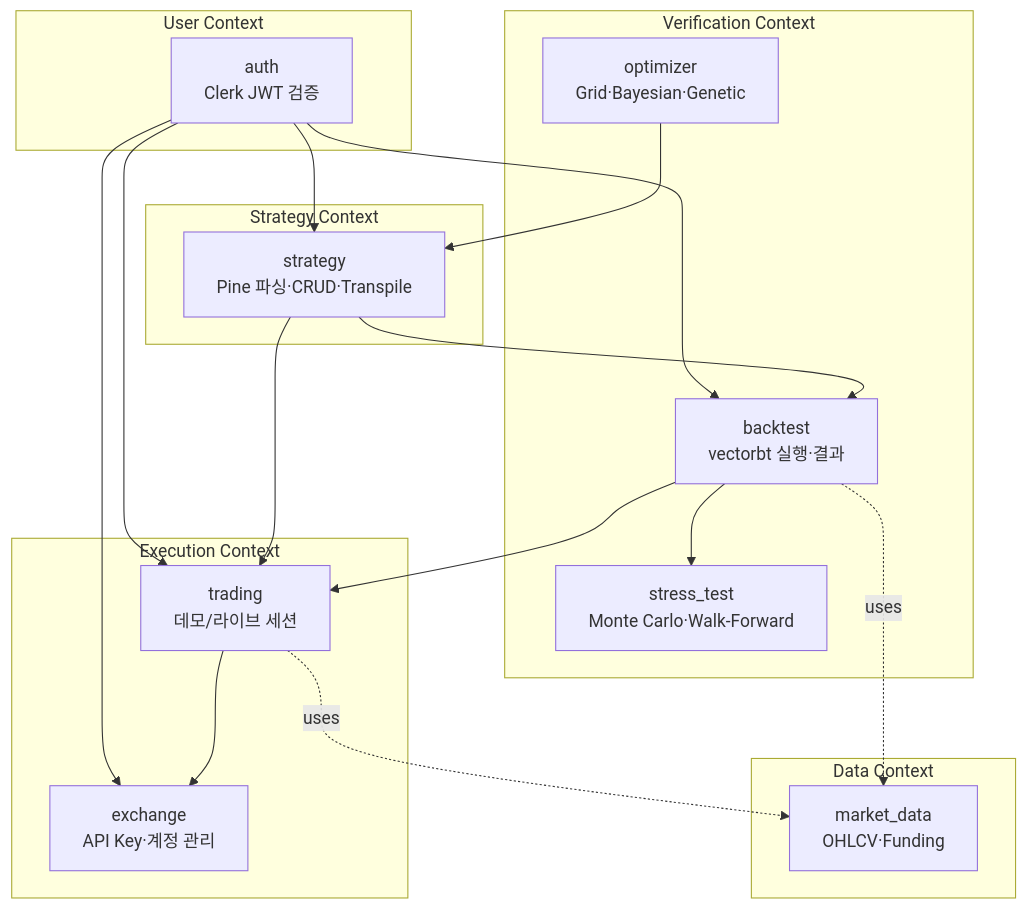
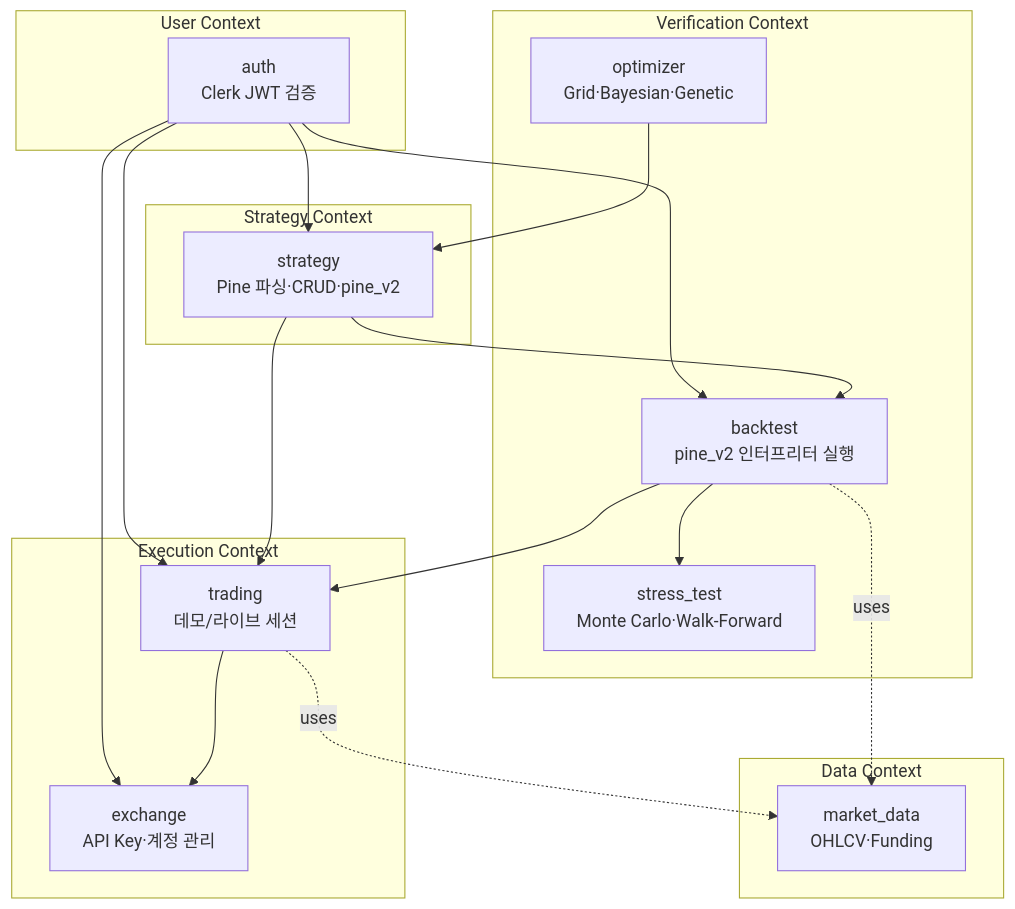
One commit to woosung-dev/quantbridge changed the diagram in docs/02_domain/domain-overview.md. Above: the diagram before and after it, drawn with Mermaid. The commit also changed other lines of this file and 33 other files, not shown here.

````diff
--- a/docs/02_domain/domain-overview.md
+++ b/docs/02_domain/domain-overview.md
@@ -8,42 +8,42 @@
 ```mermaid
 flowchart TB
     subgraph User["User Context"]
         Auth[auth\nClerk JWT 검증]
     end
 
     subgraph Strategy["Strategy Context"]
-        Str[strategy\nPine 파싱·CRUD·Transpile]
+        Str[strategy\nPine 파싱·CRUD·pine_v2]
     end
 
     subgraph Verify["Verification Context"]
-        BT[backtest\nvectorbt 실행·결과]
+        BT[backtest\npine_v2 인터프리터 실행]
         ST[stress_test\nMonte Carlo·Walk-Forward]
         Opt[optimizer\nGrid·Bayesian·Genetic]
     end
 
     subgraph Execute["Execution Context"]
         Trd[trading\n데모/라이브 세션]
         Ex[exchange\nAPI Key·계정 관리]
     end
 
     subgraph Data["Data Context"]
         MD[market_data\nOHLCV·Funding]
     end
 
     Auth --> Str
     Auth --> BT
     Auth --> Trd
     Auth --> Ex
 
     Str --> BT
     Str --> Trd
 
     BT --> ST
     BT --> Trd
     BT -. uses .-> MD
 
     Opt --> Str
 
     Trd --> Ex
     Trd -. uses .-> MD
 ```
````
